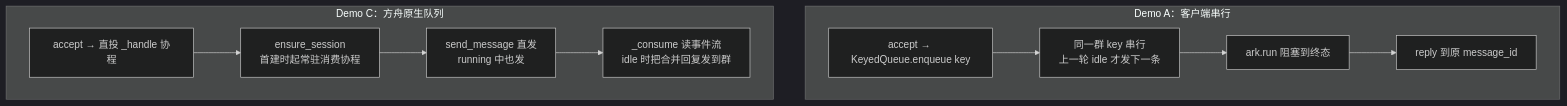
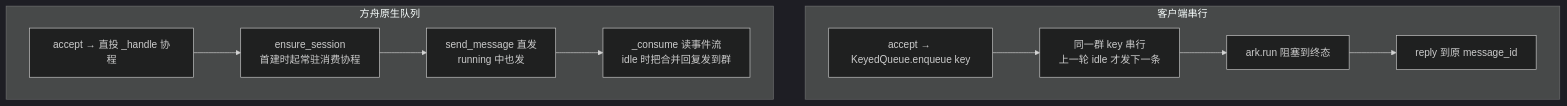
Before and after one commit to FeiZhuNiU-INFJA/ARK-MA-Best-Practise: the third of 4 diagrams in scenarios/feishu-bot/cases/group-bot/ARCHITECTURE.md, drawn with Mermaid (dark theme). The commit also changed other lines of this file and 8 other files, not shown here.

````diff
--- a/scenarios/feishu-bot/cases/group-bot/ARCHITECTURE.md
+++ b/scenarios/feishu-bot/cases/group-bot/ARCHITECTURE.md
@@ -107,13 +107,13 @@
 ```mermaid
 flowchart TD
-    subgraph A[Demo A：客户端串行]
+    subgraph A[客户端串行]
         A1[accept → KeyedQueue.enqueue key] --> A2[同一群 key 串行\n上一轮 idle 才发下一条]
         A2 --> A3[ark.run 阻塞到终态]
         A3 --> A4[reply 到原 message_id]
     end
-    subgraph C[Demo C：方舟原生队列]
+    subgraph C[方舟原生队列]
         C1[accept → 直投 _handle 协程] --> C2[ensure_session\n首建时起常驻消费协程]
         C2 --> C3[send_message 直发\nrunning 中也发]
         C3 --> C4[_consume 读事件流\nidle 时把合并回复发到群]
     end
 ```
````
